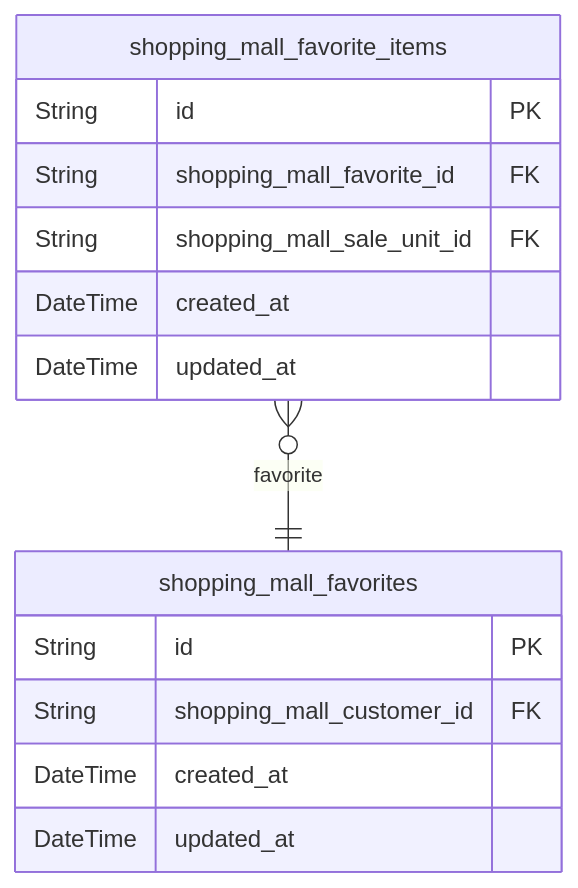
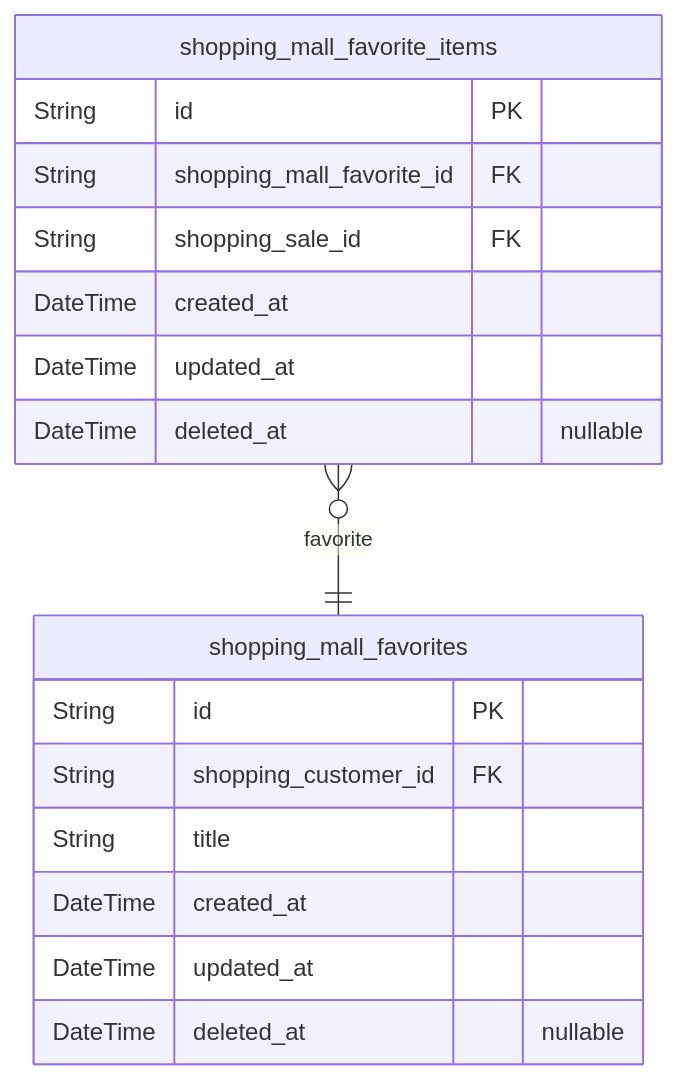
The ninth of 10 diagrams in mistralai/codestral-2508/shopping/docs/ERD.md (wrtnlabs/autobe-examples), drawn with Mermaid before and after one commit. The commit also changed other lines of this file and 7173 other files, not shown here.

````diff
--- a/mistralai/codestral-2508/shopping/docs/ERD.md
+++ b/mistralai/codestral-2508/shopping/docs/ERD.md
@@ -997,17 +1047,20 @@
 ```mermaid
 erDiagram
 "shopping_mall_favorites" {
   String id PK
-  String shopping_mall_customer_id FK
+  String shopping_customer_id FK
+  String title
   DateTime created_at
   DateTime updated_at
+  DateTime deleted_at "nullable"
 }
 "shopping_mall_favorite_items" {
   String id PK
   String shopping_mall_favorite_id FK
-  String shopping_mall_sale_unit_id FK
+  String shopping_sale_id FK
   DateTime created_at
   DateTime updated_at
+  DateTime deleted_at "nullable"
 }
 "shopping_mall_favorite_items" }o--|| "shopping_mall_favorites" : favorite
 ```
````
